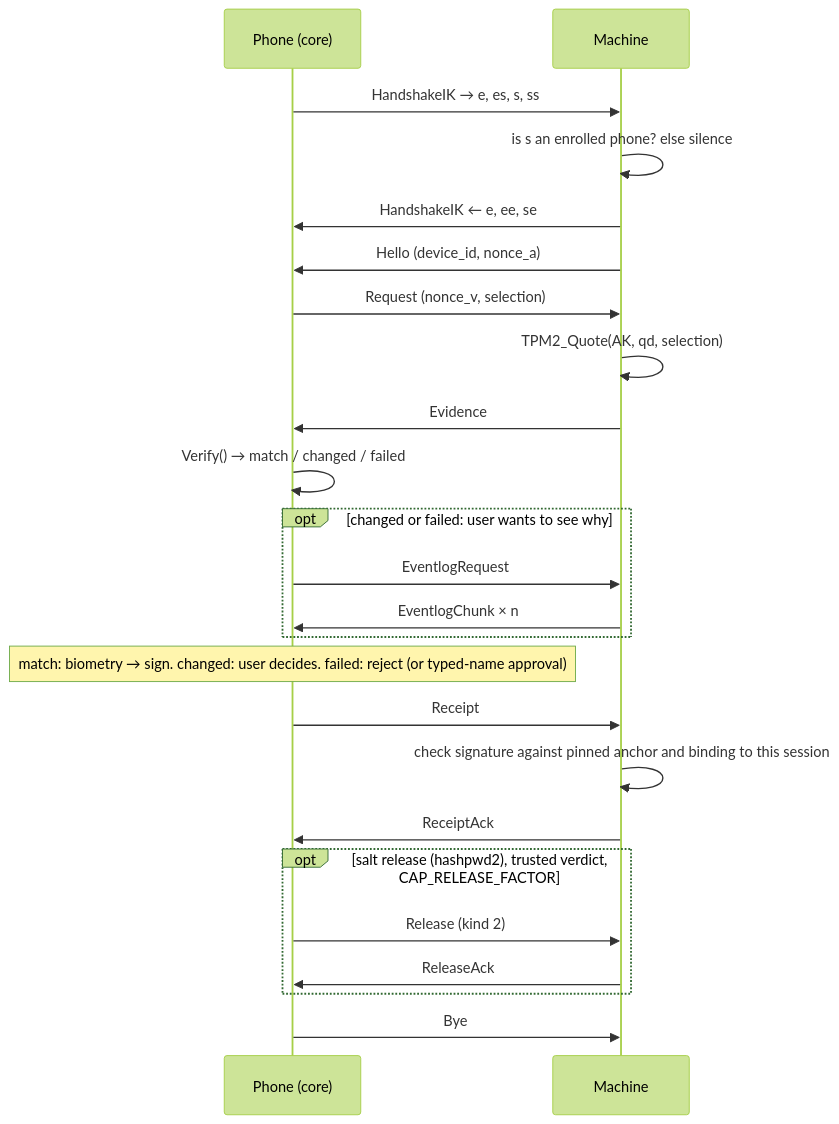
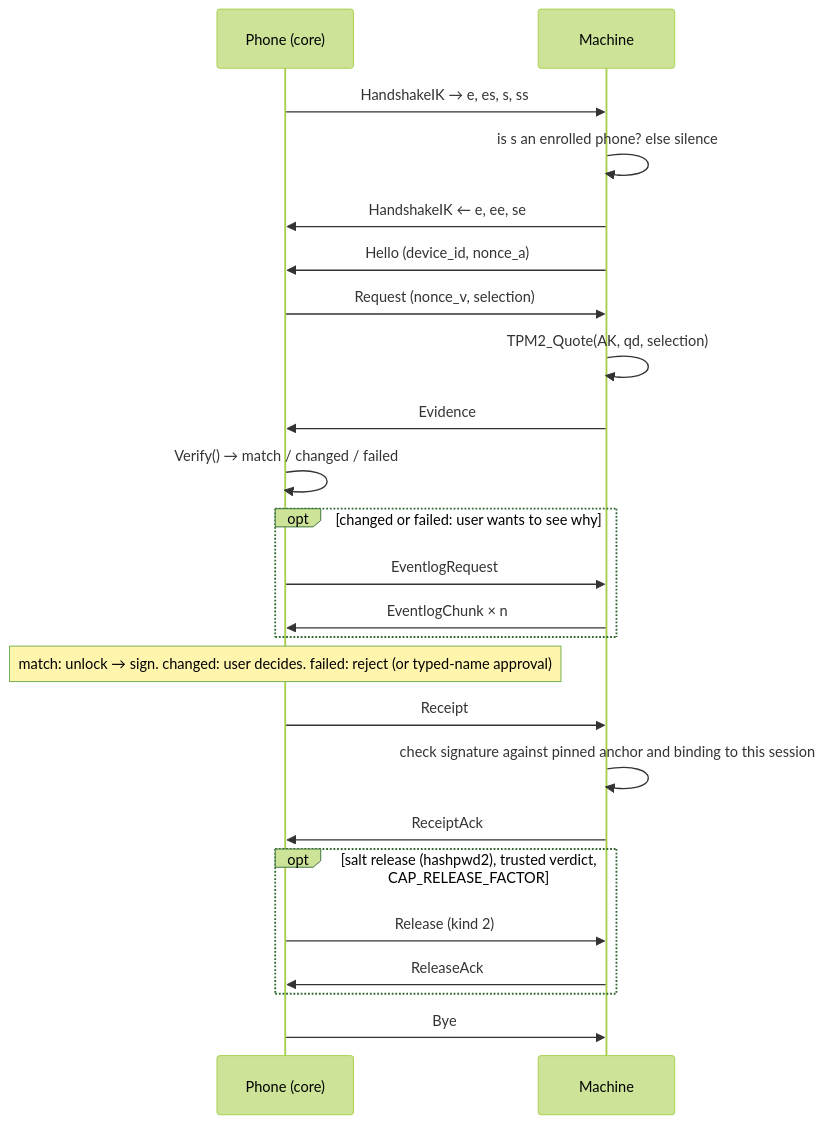
One commit to mrwiora/tpm2-kira changed the second of 2 diagrams in docs/PROTOCOL-BLE.md. Above: the diagram before and after it, drawn with Mermaid (forest theme). The commit also changed other lines of this file, not shown here.

````diff
--- a/docs/PROTOCOL-BLE.md
+++ b/docs/PROTOCOL-BLE.md
@@ -553,27 +553,27 @@
 ```mermaid
 sequenceDiagram
     participant P as Phone (core)
     participant M as Machine
 
     P->>M: HandshakeIK → e, es, s, ss
     M->>M: is s an enrolled phone? else silence
     M->>P: HandshakeIK ← e, ee, se
     M->>P: Hello (device_id, nonce_a)
     P->>M: Request (nonce_v, selection)
     M->>M: TPM2_Quote(AK, qd, selection)
     M->>P: Evidence
     P->>P: Verify() → match / changed / failed
     opt changed or failed: user wants to see why
         P->>M: EventlogRequest
         M->>P: EventlogChunk × n
     end
-    Note over P: match: biometry → sign. changed: user decides. failed: reject (or typed-name approval)
+    Note over P: match: unlock → sign. changed: user decides. failed: reject (or typed-name approval)
     P->>M: Receipt
     M->>M: check signature against pinned anchor and binding to this session
     M->>P: ReceiptAck
     opt salt release (hashpwd2), trusted verdict, CAP_RELEASE_FACTOR
         P->>M: Release (kind 2)
         M->>P: ReleaseAck
     end
     P->>M: Bye
 ```
````
